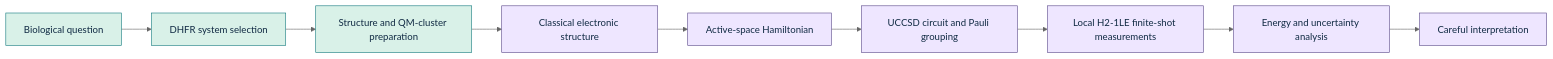
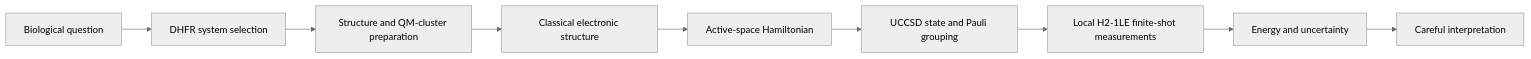
One commit to Braytech-Findings/dhfr-inquanto-resistance changed the diagram in README.md. Above: the diagram before and after it, drawn with Mermaid (neutral theme). The commit also changed other lines of this file, not shown here.

````diff
--- a/README.md
+++ b/README.md
@@ -37,15 +61,11 @@
 ```mermaid
 flowchart LR
   A[Biological question] --> B[DHFR system selection]
   B --> C[Structure and QM-cluster preparation]
   C --> D[Classical electronic structure]
   D --> E[Active-space Hamiltonian]
-  E --> F[UCCSD circuit and Pauli grouping]
+  E --> F[UCCSD state and Pauli grouping]
   F --> G[Local H2-1LE finite-shot measurements]
-  G --> H[Energy and uncertainty analysis]
+  G --> H[Energy and uncertainty]
   H --> I[Careful interpretation]
-  classDef bio fill:#d9f1e8,stroke:#167c80,color:#102a43;
-  classDef quantum fill:#eee6ff,stroke:#5c4b8a,color:#102a43;
-  class A,B,C bio;
-  class D,E,F,G,H,I quantum;
 ```
````
